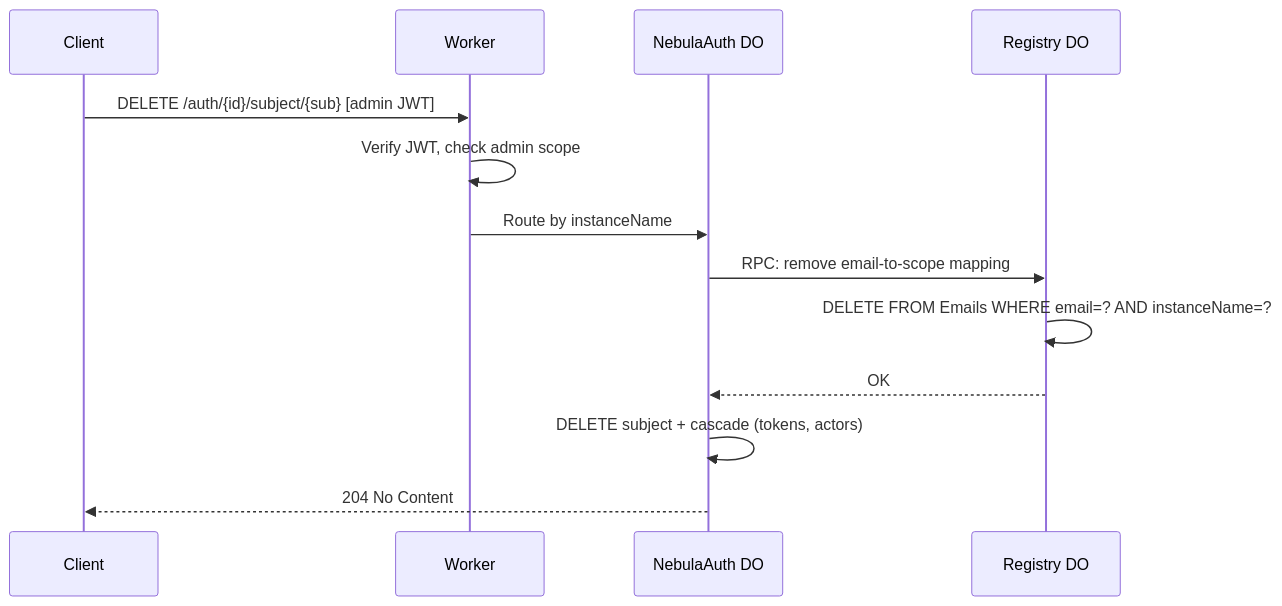
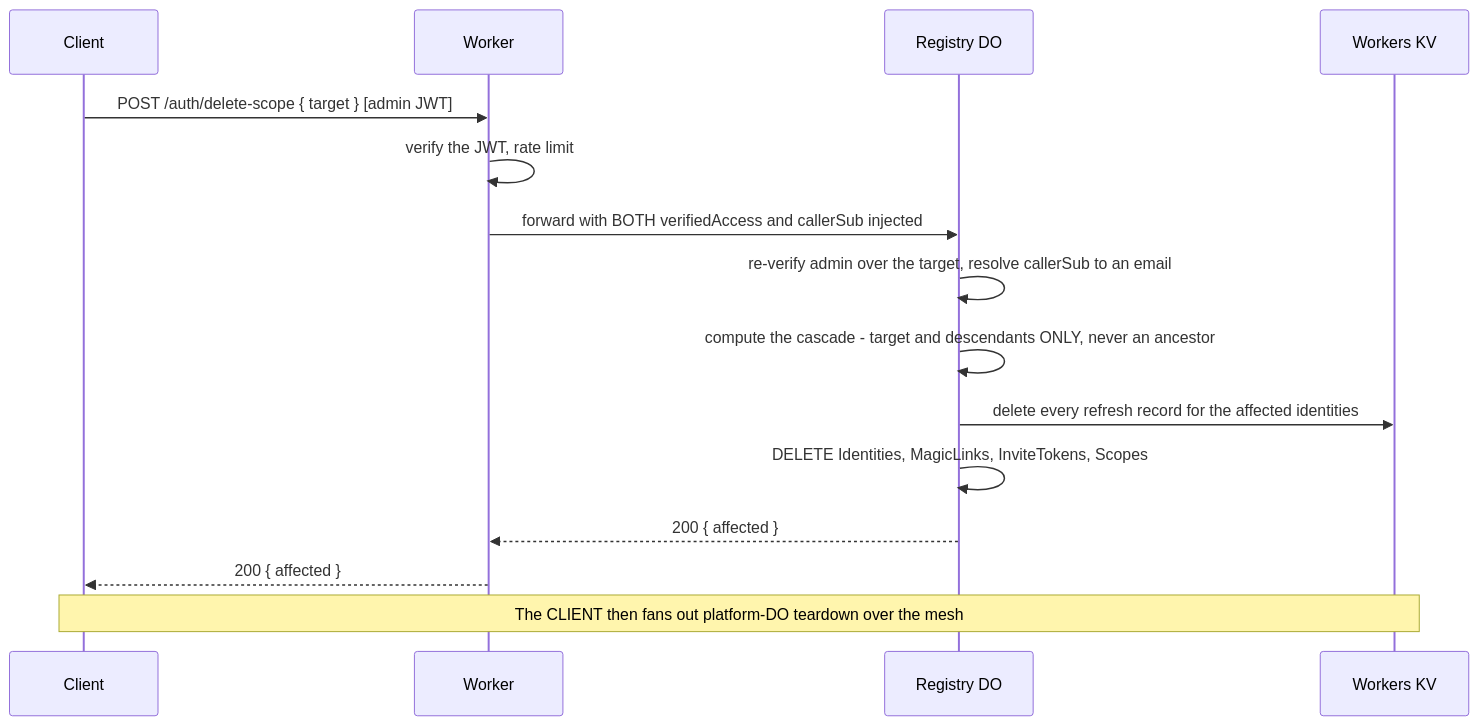
The seventh of 8 diagrams in packages/nebula-auth/README.md (lumenize/lumenize), drawn with Mermaid before and after one commit. The commit also changed other lines of this file, not shown here.

First line of the commit message:
docs(nebula-auth): README describes the post-surrogate-sub architecture

````diff
--- a/packages/nebula-auth/README.md
+++ b/packages/nebula-auth/README.md
@@ -296,16 +314,19 @@
 ```mermaid
 sequenceDiagram
     participant C as Client
     participant W as Worker
-    participant NA as NebulaAuth DO
     participant R as Registry DO
+    participant KV as Workers KV
 
-    C->>W: DELETE /auth/{id}/subject/{sub} [admin JWT]
-    W->>W: Verify JWT, check admin scope
-    W->>NA: Route by instanceName
-    NA->>R: RPC: remove email-to-scope mapping
-    R->>R: DELETE FROM Emails WHERE email=? AND instanceName=?
-    R-->>NA: OK
-    NA->>NA: DELETE subject + cascade (tokens, actors)
-    NA-->>C: 204 No Content
+    C->>W: POST /auth/delete-scope { target } [admin JWT]
+    W->>W: verify the JWT, rate limit
+    W->>R: forward with BOTH verifiedAccess and callerSub injected
+    R->>R: re-verify admin over the target, resolve callerSub to an email
+    R->>R: compute the cascade - target and descendants ONLY, never an ancestor
+    R->>KV: delete every refresh record for the affected identities
+    R->>R: DELETE Identities, MagicLinks, InviteTokens, Scopes
+    R-->>W: 200 { affected }
+    W-->>C: 200 { affected }
+
+    Note over C,KV: The CLIENT then fans out platform-DO teardown over the mesh
 ```
````
